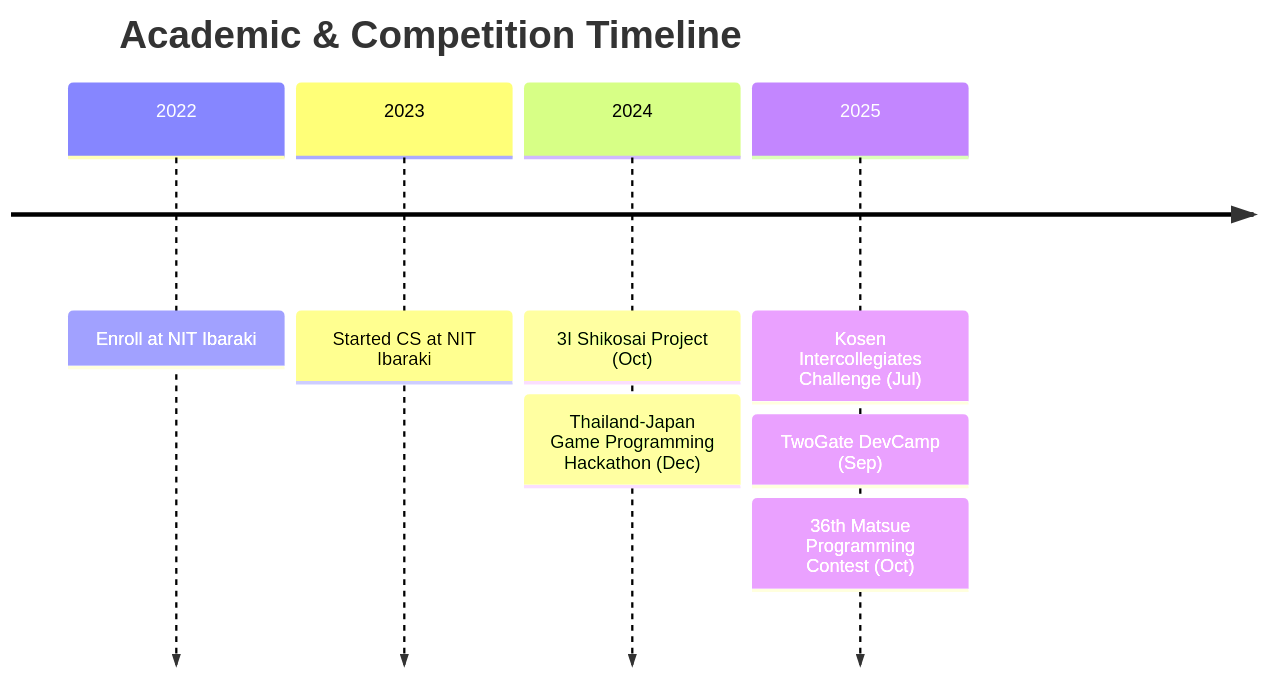
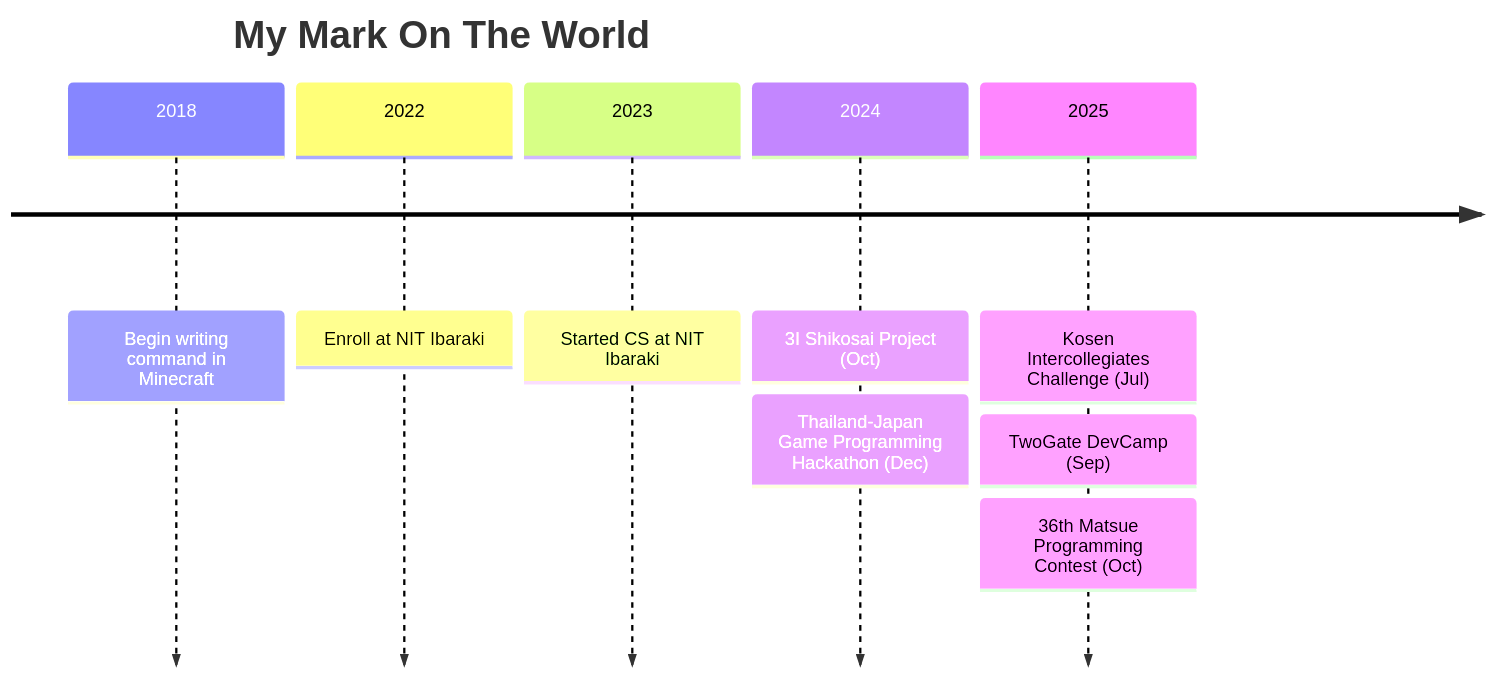
The diagram in README.md (Tomarun029831/Tomarun029831), drawn with Mermaid before and after one commit.

````diff
--- a/README.md
+++ b/README.md
@@ -247,15 +247,17 @@
 ```mermaid
 timeline
-    title Academic & Competition Timeline
+    title My Mark On The World
+
+    2018 : Begin writing command in Minecraft
 
     2022 : Enroll at NIT Ibaraki
     
     2023 : Started CS at NIT Ibaraki
     
     2024 : 3I Shikosai Project (Oct)
          : Thailand-Japan Game Programming Hackathon (Dec)
     
     2025 : Kosen Intercollegiates Challenge (Jul)
          : TwoGate DevCamp (Sep)
          : 36th Matsue Programming Contest (Oct)
 ```
````
